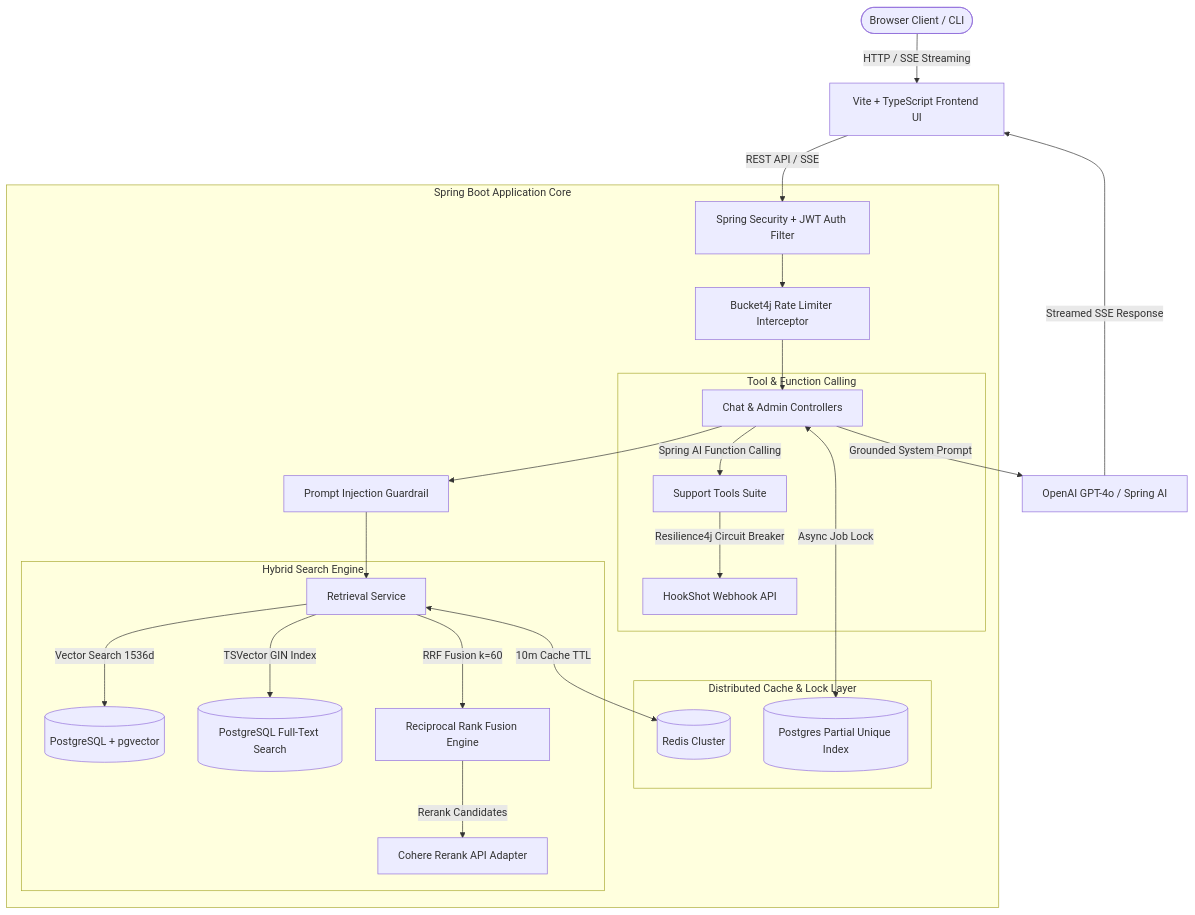
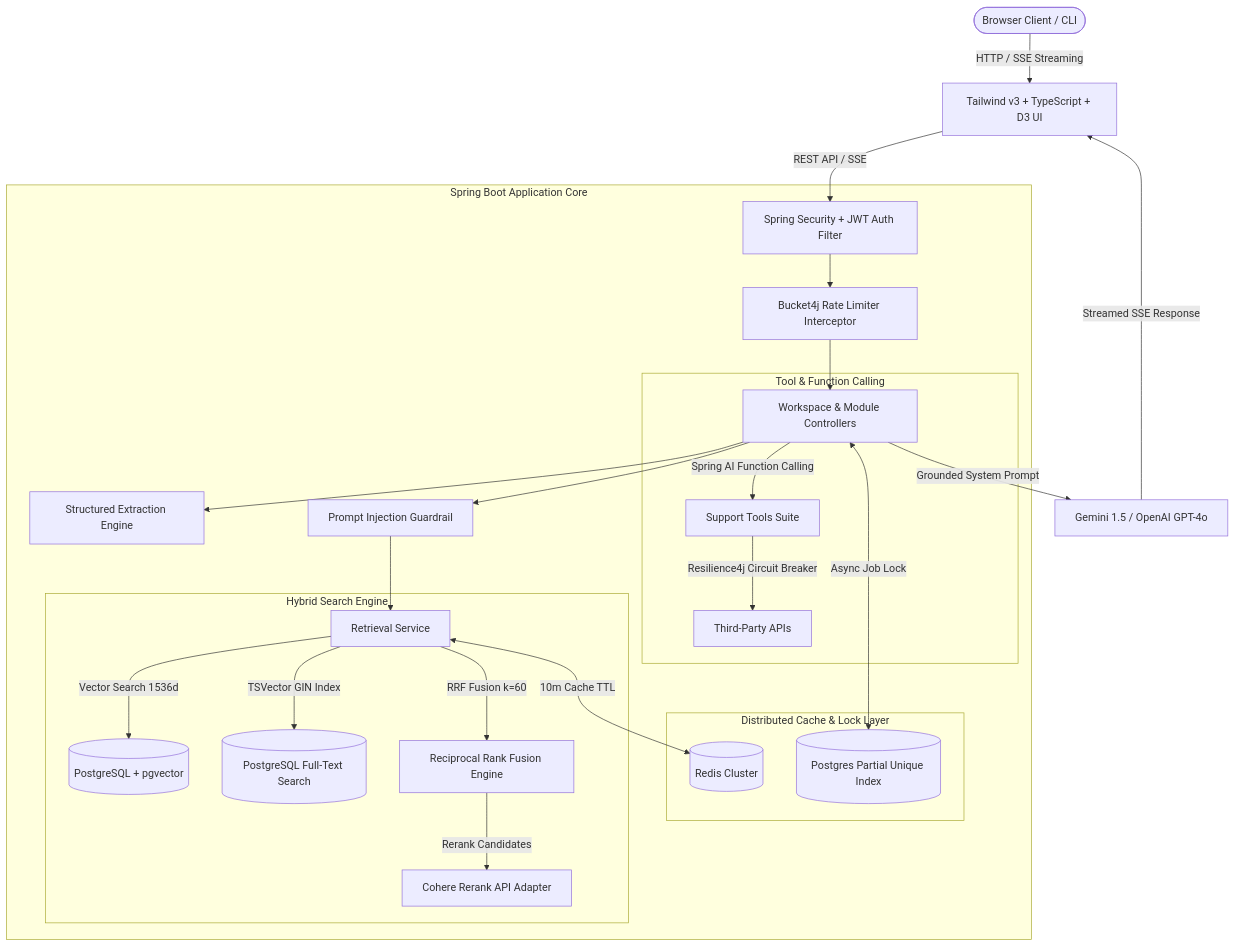
The diagram in README.md (Lalithsha/Groundwork), drawn with Mermaid before and after one commit. The commit also changed other lines of this file and 1 other file, not shown here.

Commit message:
docs: update README.md and STEPBOOK.md with Groundwork v2 features, schema DDL, and REST API reference

````diff
--- a/README.md
+++ b/README.md
@@ -24,32 +35,33 @@
 ```mermaid
 graph TD
-    User([Browser Client / CLI]) -->|HTTP / SSE Streaming| Frontend[Vite + TypeScript Frontend UI]
+    User([Browser Client / CLI]) -->|HTTP / SSE Streaming| Frontend[Tailwind v3 + TypeScript + D3 UI]
     Frontend -->|REST API / SSE| Gateway[Spring Security + JWT Auth Filter]
     
     subgraph Spring Boot Application Core
         Gateway --> Interceptor[Bucket4j Rate Limiter Interceptor]
-        Interceptor --> Controller[Chat & Admin Controllers]
-        Controller --> Guardrail[Prompt Injection Guardrail]
+        Interceptor --> WorkspaceCtrl[Workspace & Module Controllers]
+        WorkspaceCtrl --> ExtractionSvc[Structured Extraction Engine]
+        WorkspaceCtrl --> Guardrail[Prompt Injection Guardrail]
         Guardrail --> RetrievalService[Retrieval Service]
         
         subgraph Hybrid Search Engine
             RetrievalService -->|Vector Search 1536d| PgVector[(PostgreSQL + pgvector)]
             RetrievalService -->|TSVector GIN Index| PgFTS[(PostgreSQL Full-Text Search)]
             RetrievalService -->|RRF Fusion k=60| RRF[Reciprocal Rank Fusion Engine]
             RRF -->|Rerank Candidates| Cohere[Cohere Rerank API Adapter]
         end
         
         subgraph Tool & Function Calling
-            Controller -->|Spring AI Function Calling| SupportTools[Support Tools Suite]
-            SupportTools -->|Resilience4j Circuit Breaker| HookShotAPI[HookShot Webhook API]
+            WorkspaceCtrl -->|Spring AI Function Calling| SupportTools[Support Tools Suite]
+            SupportTools -->|Resilience4j Circuit Breaker| ExternalAPI[Third-Party APIs]
         end
         
         subgraph Distributed Cache & Lock Layer
             RetrievalService <-->|10m Cache TTL| Redis[(Redis Cluster)]
-            Controller <-->|Async Job Lock| DBIndex[(Postgres Partial Unique Index)]
+            WorkspaceCtrl <-->|Async Job Lock| DBIndex[(Postgres Partial Unique Index)]
         end
     end
     
-    Controller -->|Grounded System Prompt| OpenAI[OpenAI GPT-4o / Spring AI]
-    OpenAI -->|Streamed SSE Response| Frontend
+    WorkspaceCtrl -->|Grounded System Prompt| LLM[Gemini 1.5 / OpenAI GPT-4o]
+    LLM -->|Streamed SSE Response| Frontend
 ```
````
